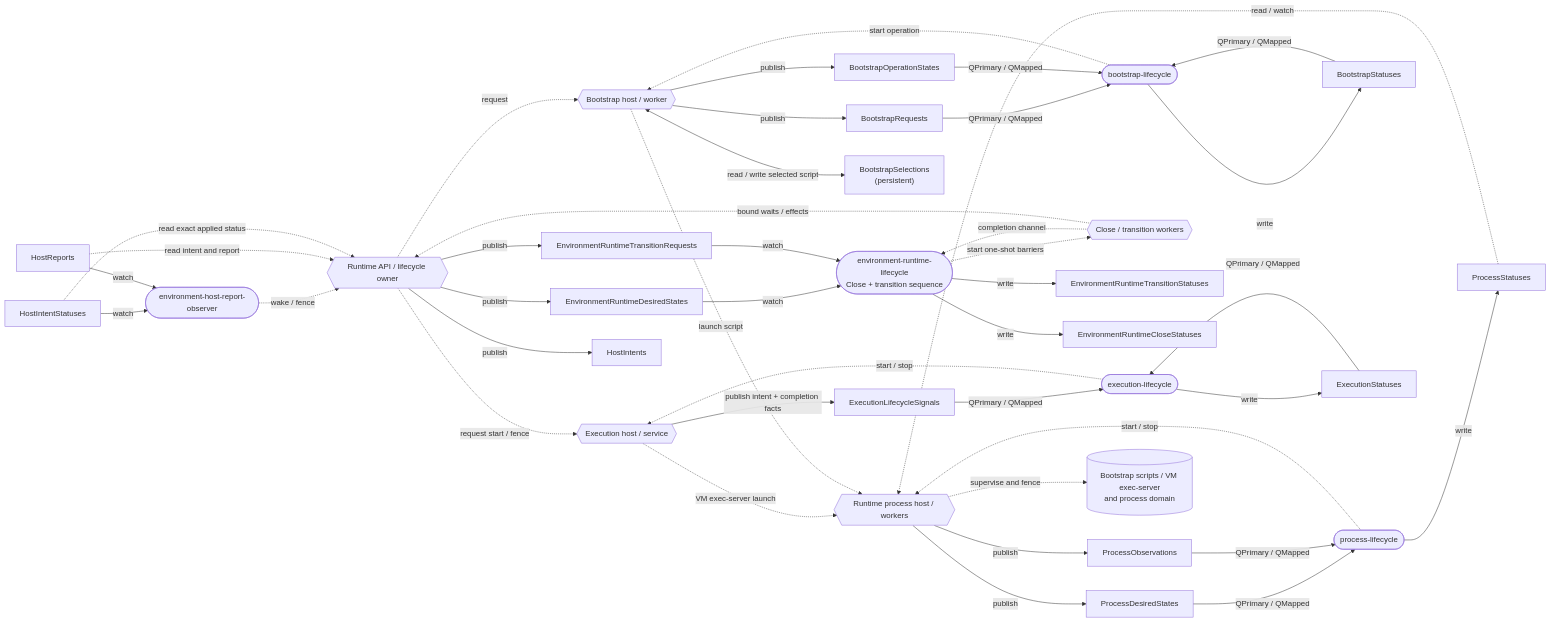
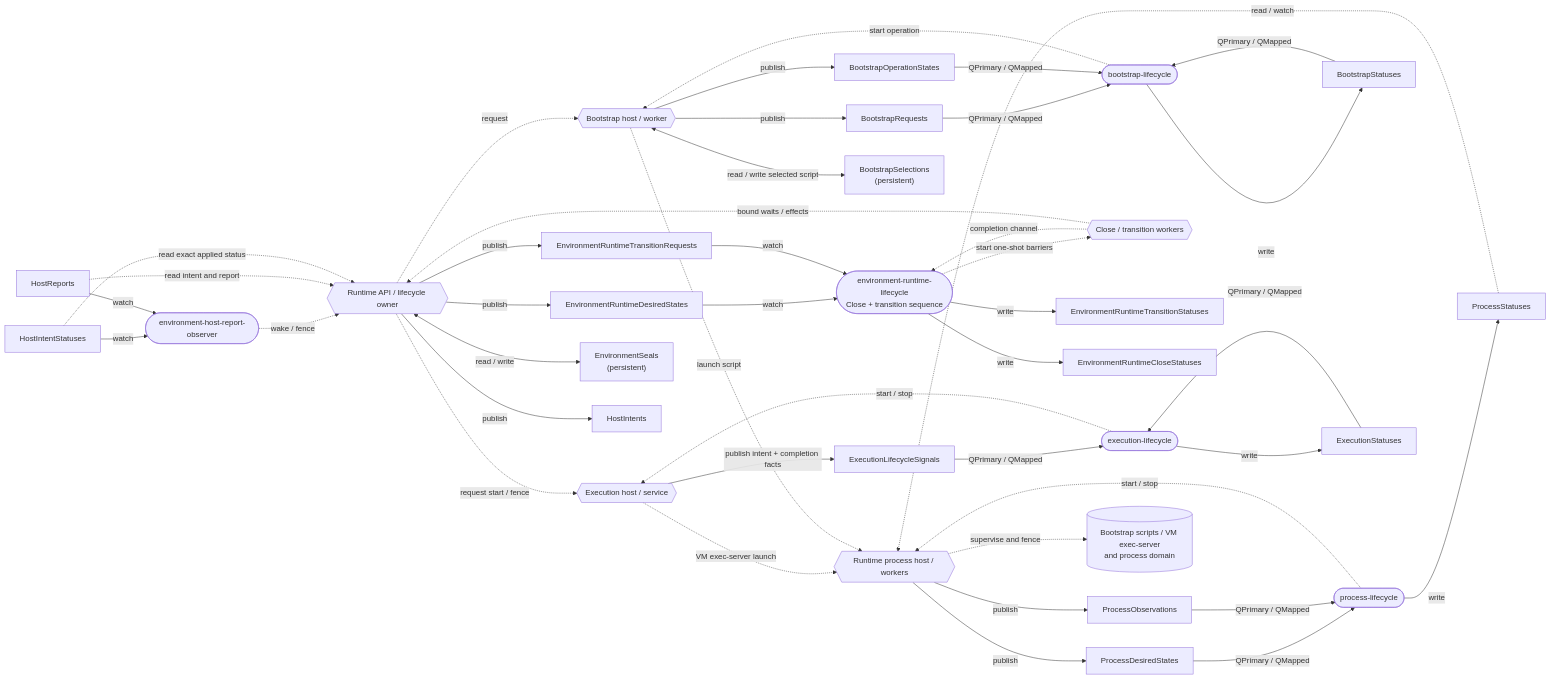
The first of 7 diagrams in agentplane/env/runtime/docs/cosi.md (agentydragon/ducktape), drawn with Mermaid before and after one commit. The commit also changed other lines of this file and 16 other files, not shown here.

Commit message:
Persist environment seal in COSI

````diff
--- a/agentplane/env/runtime/docs/cosi.md
+++ b/agentplane/env/runtime/docs/cosi.md
@@ -19,60 +19,62 @@
 ```mermaid
 flowchart LR
   API{{"Runtime API / lifecycle owner"}}
   BH{{"Bootstrap host / worker"}}
   PH{{"Runtime process host / workers"}}
   RC(["environment-runtime-lifecycle<br/>Close + transition sequence"])
   HO(["environment-host-report-observer"])
   BC(["bootstrap-lifecycle"])
   PC(["process-lifecycle"])
   EC(["execution-lifecycle"])
   EH{{"Execution host / service"}}
   CW{{"Close / transition workers"}}
   ED["EnvironmentRuntimeDesiredStates"]
   TR["EnvironmentRuntimeTransitionRequests"]
   TS["EnvironmentRuntimeTransitionStatuses"]
   CL["EnvironmentRuntimeCloseStatuses"]
+  Seal["EnvironmentSeals<br/>(persistent)"]
   I["HostIntents"]
   IS["HostIntentStatuses"]
   R["HostReports"]
   BI["BootstrapRequests"]
   BS["BootstrapSelections<br/>(persistent)"]
   BO["BootstrapOperationStates"]
   BR["BootstrapStatuses"]
   PD["ProcessDesiredStates"]
   PI["ProcessObservations"]
   PS["ProcessStatuses"]
   EI["ExecutionLifecycleSignals"]
   ER["ExecutionStatuses"]
   Native[("Bootstrap scripts / VM exec-server<br/>and process domain")]
 
   API -->|publish| ED & TR & I
+  API <-->|read / write| Seal
   ED & TR -->|watch| RC
   RC -->|write| CL & TS
   RC -.->|start one-shot barriers| CW
   CW -.->|completion channel| RC
   CW -.->|bound waits / effects| API
   API -.->|request start / fence| EH
   EH -->|publish intent + completion facts| EI
   EI & ER -->|QPrimary / QMapped| EC
   EC -->|write| ER
   EC -.->|start / stop| EH
   EH -.->|VM exec-server launch| PH
   IS & R -->|watch| HO
   HO -.->|wake / fence| API
   R -.->|read intent and report| API
   IS -.->|read exact applied status| API
   API -.->|request| BH
   BH <-->|read / write selected script| BS
   BH -->|publish| BI & BO
   BI & BO & BR -->|QPrimary / QMapped| BC
   BC -->|write| BR
   BC -.->|start operation| BH
   BH -.->|launch script| PH
   PH -->|publish| PD & PI
   PD & PI -->|QPrimary / QMapped| PC
   PC -->|write| PS
   PC -.->|start / stop| PH
   PH -.->|supervise and fence| Native
   PS -.->|read / watch| PH
 ```
````
